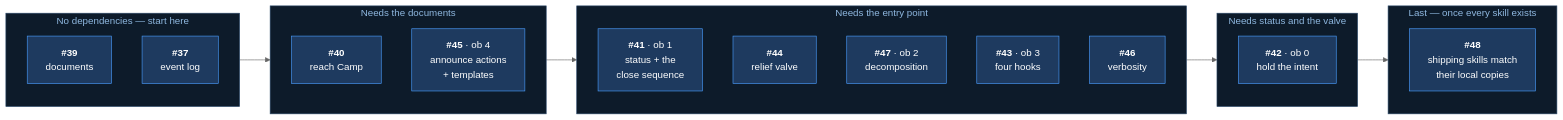
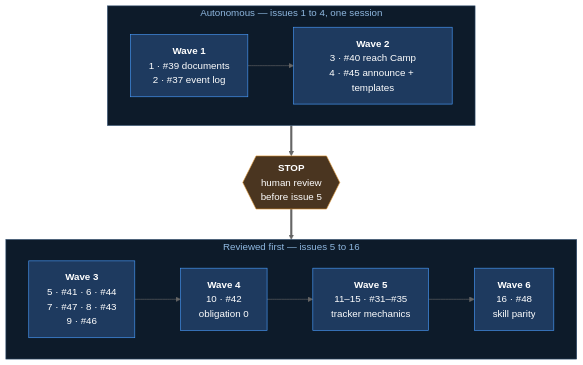
One commit to Calyx-Engineering/arc changed the second of 2 diagrams in docs/arc-log/arc-03-camp.md. Above: the diagram before and after it, drawn with Mermaid (neutral theme). The commit also changed other lines of this file, not shown here.

First line of the commit message:
docs: give every issue a number and a wave

````diff
--- a/docs/arc-log/arc-03-camp.md
+++ b/docs/arc-log/arc-03-camp.md
@@ -131,37 +132,21 @@
 ```mermaid
-flowchart LR
-    subgraph W1[" No dependencies — start here "]
-        direction TB
-        A1["<b>#39</b><br/>documents"]
-        A2["<b>#37</b><br/>event log"]
+flowchart TB
+    subgraph A[" Autonomous — issues 1 to 4, one session "]
+        direction LR
+        W1["<b>Wave 1</b><br/>1 · #39 documents<br/>2 · #37 event log"] --> W2["<b>Wave 2</b><br/>3 · #40 reach Camp<br/>4 · #45 announce + templates"]
     end
-    subgraph W2[" Needs the documents "]
-        direction TB
-        B1["<b>#40</b><br/>reach Camp"]
-        B2["<b>#45</b> · ob 4<br/>announce actions<br/>+ templates"]
+    A ==> STOP{{"<b>STOP</b><br/>human review<br/>before issue 5"}}
+    subgraph B[" Reviewed first — issues 5 to 16 "]
+        direction LR
+        W3["<b>Wave 3</b><br/>5 · #41 · 6 · #44<br/>7 · #47 · 8 · #43<br/>9 · #46"] --> W4["<b>Wave 4</b><br/>10 · #42<br/>obligation 0"]
+        W4 --> W5["<b>Wave 5</b><br/>11–15 · #31–#35<br/>tracker mechanics"]
+        W5 --> W6["<b>Wave 6</b><br/>16 · #48<br/>skill parity"]
     end
-    subgraph W3[" Needs the entry point "]
-        direction TB
-        C1["<b>#41</b> · ob 1<br/>status + the<br/>close sequence"]
-        C2["<b>#44</b><br/>relief valve"]
-        C3["<b>#47</b> · ob 2<br/>decomposition"]
-        C4["<b>#43</b> · ob 3<br/>four hooks"]
-        C5["<b>#46</b><br/>verbosity"]
-    end
-    subgraph W4[" Needs status and the valve "]
-        direction TB
-        D1["<b>#42</b> · ob 0<br/>hold the intent"]
-    end
-    subgraph W5[" Last — once every skill exists "]
-        direction TB
-        E1["<b>#48</b><br/>shipping skills match<br/>their local copies"]
-    end
-    W1 --> W2 --> W3 --> W4 --> W5
+    STOP ==> B
     classDef n fill:#1e3a5f,stroke:#4a9eff,color:#fff
-    class A1,A2,B1,B2,C1,C2,C3,C4,C5,D1,E1 n
-    style W1 fill:#0d1b2a,stroke:#2c4a6b,color:#8fb8e0
-    style W2 fill:#0d1b2a,stroke:#2c4a6b,color:#8fb8e0
-    style W3 fill:#0d1b2a,stroke:#2c4a6b,color:#8fb8e0
-    style W4 fill:#0d1b2a,stroke:#2c4a6b,color:#8fb8e0
-    style W5 fill:#0d1b2a,stroke:#2c4a6b,color:#8fb8e0
+    classDef s fill:#4a3520,stroke:#d98f2b,color:#fff
+    class W1,W2,W3,W4,W5,W6 n
+    class STOP s
+    style A fill:#0d1b2a,stroke:#2c4a6b,color:#8fb8e0
+    style B fill:#0d1b2a,stroke:#2c4a6b,color:#8fb8e0
 ```
````
